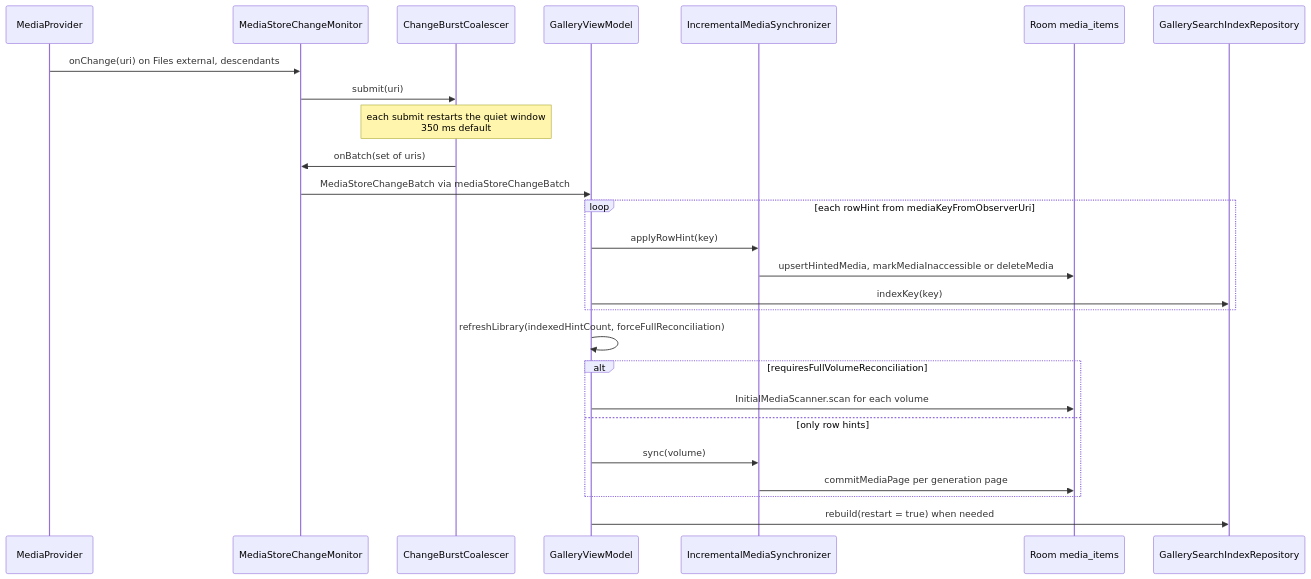
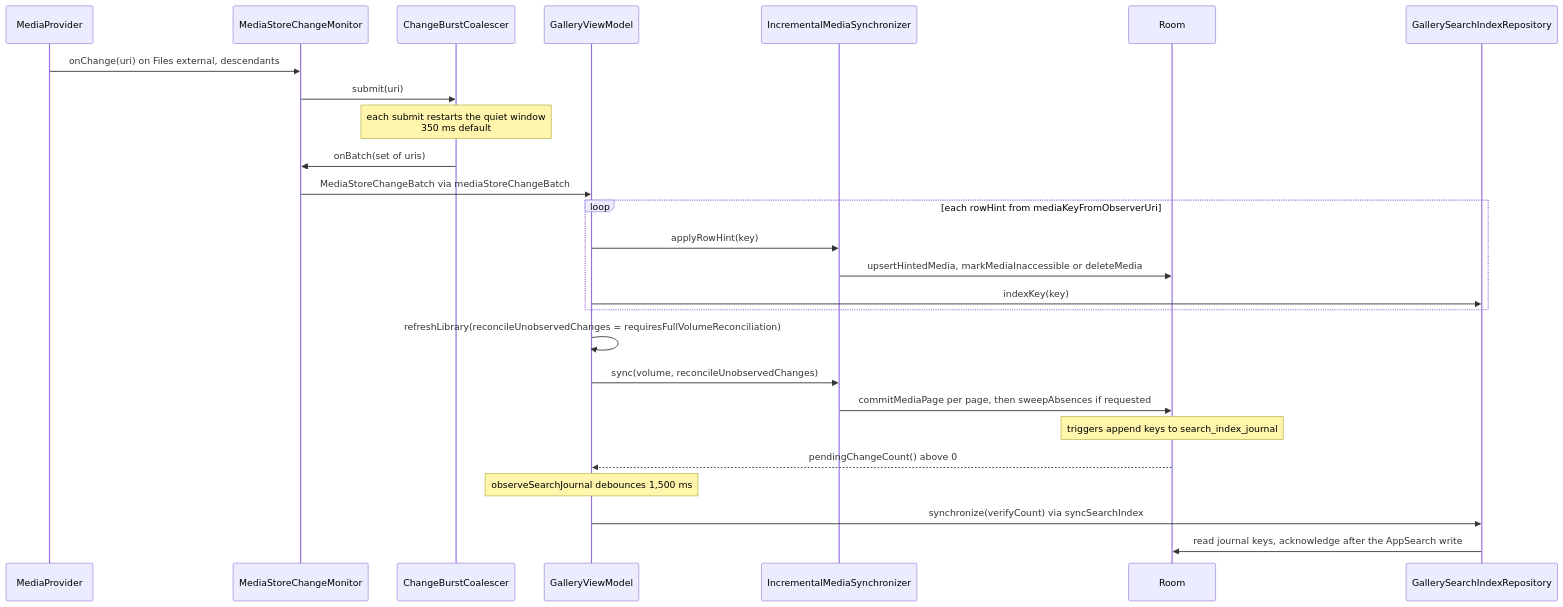
Before and after one commit to LibreStatic/lightforge: the fifth of 5 diagrams in docs/flows/library-sync.md, drawn with Mermaid. The commit also changed other lines of this file and 20 other files, not shown here.

First line of the commit message:
docs(adr): amend ADRs to match the code and refresh sync flows

````diff
--- a/docs/flows/library-sync.md
+++ b/docs/flows/library-sync.md
@@ -98,28 +138,28 @@
 ```mermaid
 sequenceDiagram
     participant MP as MediaProvider
     participant Mon as MediaStoreChangeMonitor
     participant Co as ChangeBurstCoalescer
     participant VM as GalleryViewModel
     participant Sy as IncrementalMediaSynchronizer
-    participant Db as Room media_items
+    participant Db as Room
     participant Ix as GallerySearchIndexRepository
     MP->>Mon: onChange(uri) on Files external, descendants
     Mon->>Co: submit(uri)
     Note over Co: each submit restarts the quiet window<br/>350 ms default
     Co->>Mon: onBatch(set of uris)
     Mon->>VM: MediaStoreChangeBatch via mediaStoreChangeBatch
     loop each rowHint from mediaKeyFromObserverUri
         VM->>Sy: applyRowHint(key)
         Sy->>Db: upsertHintedMedia, markMediaInaccessible or deleteMedia
         VM->>Ix: indexKey(key)
     end
-    VM->>VM: refreshLibrary(indexedHintCount, forceFullReconciliation)
-    alt requiresFullVolumeReconciliation
-        VM->>Db: InitialMediaScanner.scan for each volume
-    else only row hints
-        VM->>Sy: sync(volume)
-        Sy->>Db: commitMediaPage per generation page
-    end
-    VM->>Ix: rebuild(restart = true) when needed
+    VM->>VM: refreshLibrary(reconcileUnobservedChanges = requiresFullVolumeReconciliation)
+    VM->>Sy: sync(volume, reconcileUnobservedChanges)
+    Sy->>Db: commitMediaPage per page, then sweepAbsences if requested
+    Note over Db: triggers append keys to search_index_journal
+    Db-->>VM: pendingChangeCount() above 0
+    Note over VM: observeSearchJournal debounces 1,500 ms
+    VM->>Ix: synchronize(verifyCount) via syncSearchIndex
+    Ix->>Db: read journal keys, acknowledge after the AppSearch write
 ```
````
